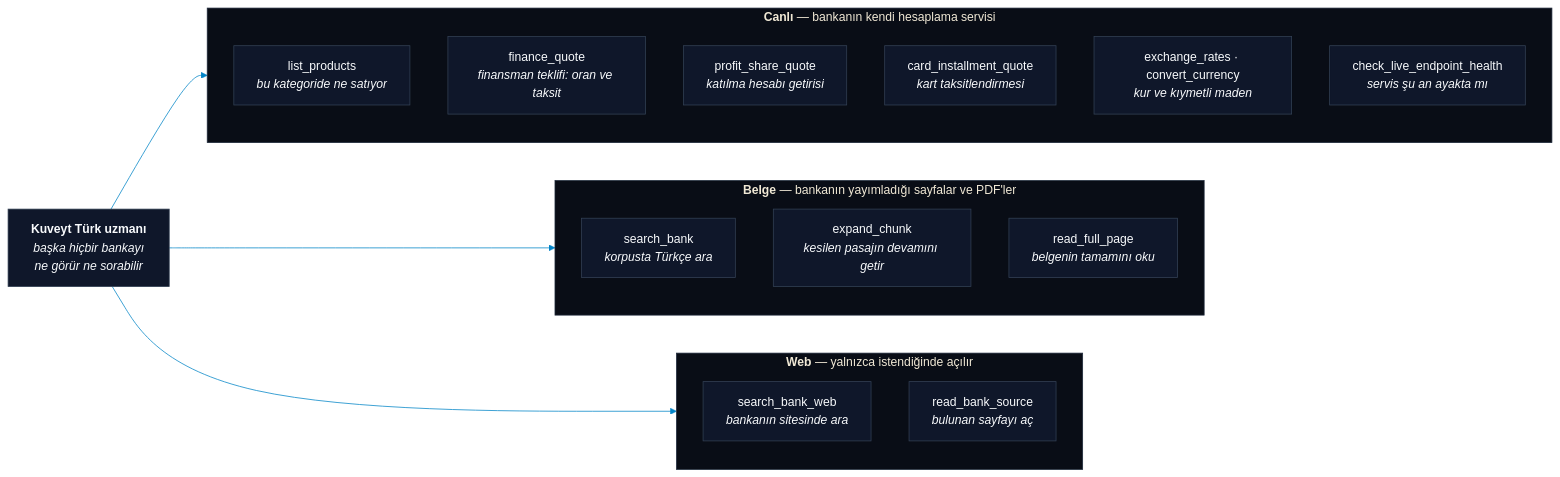
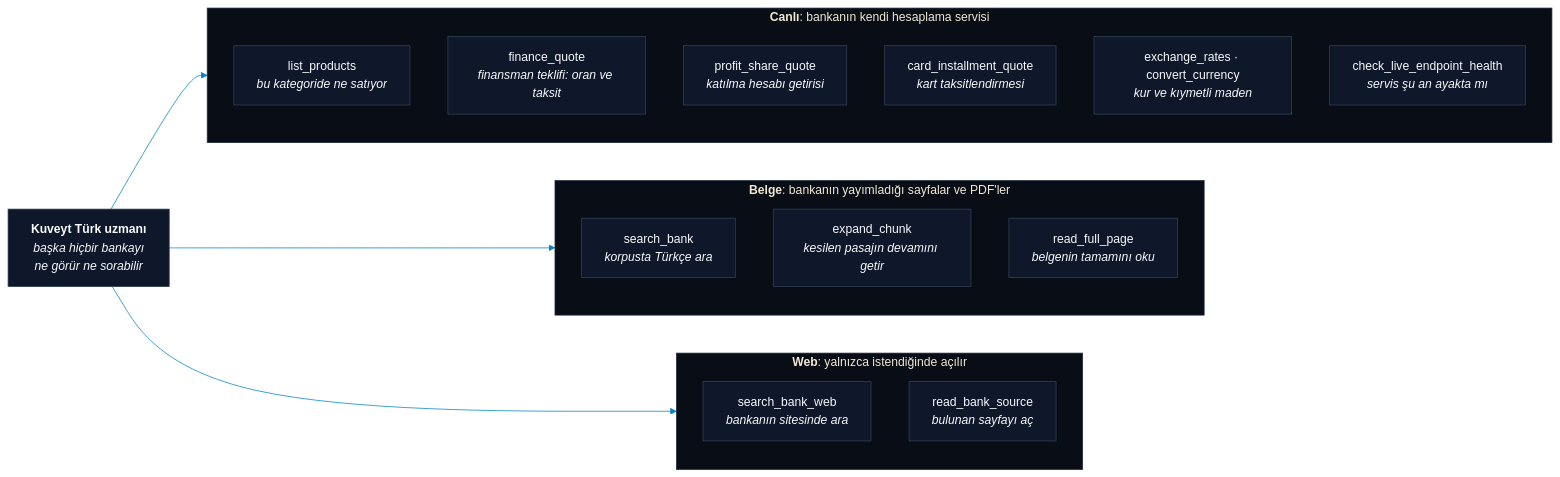
One commit to Abdurrahman-Wahdan/TEKNOFEST2026-Yapay-Zeka-Dil-Ajanlari-Yarismasi-KERMITS changed the sixth of 18 diagrams in README.md. Above: the diagram before and after it, drawn with Mermaid. The commit also changed other lines of this file, not shown here.

````diff
--- a/README.md
+++ b/README.md
@@ -334,32 +334,32 @@
 ```mermaid
 %%{init: {'theme':'base','themeVariables':{'primaryColor':'#0f172a','primaryTextColor':'#f8fafc','primaryBorderColor':'#334155','lineColor':'#0284c7','secondaryColor':'#1e293b','tertiaryColor':'#0f172a','clusterBkg':'#090d16','clusterBorder':'#1e293b'}}}%%
 flowchart LR
     A["<b>Kuveyt Türk uzmanı</b><br/><i>başka hiçbir bankayı<br/>ne görür ne sorabilir</i>"]
 
-    subgraph CANLI["<b>Canlı</b> — bankanın kendi hesaplama servisi"]
+    subgraph CANLI["<b>Canlı</b>: bankanın kendi hesaplama servisi"]
         direction TB
         L1["list_products<br/><i>bu kategoride ne satıyor</i>"]
         L2["finance_quote<br/><i>finansman teklifi: oran ve taksit</i>"]
         L3["profit_share_quote<br/><i>katılma hesabı getirisi</i>"]
         L4["card_installment_quote<br/><i>kart taksitlendirmesi</i>"]
         L5["exchange_rates · convert_currency<br/><i>kur ve kıymetli maden</i>"]
         L6["check_live_endpoint_health<br/><i>servis şu an ayakta mı</i>"]
     end
 
-    subgraph BELGE["<b>Belge</b> — bankanın yayımladığı sayfalar ve PDF'ler"]
+    subgraph BELGE["<b>Belge</b>: bankanın yayımladığı sayfalar ve PDF'ler"]
         direction TB
         D1["search_bank<br/><i>korpusta Türkçe ara</i>"]
         D2["expand_chunk<br/><i>kesilen pasajın devamını getir</i>"]
         D3["read_full_page<br/><i>belgenin tamamını oku</i>"]
     end
 
-    subgraph WEB["<b>Web</b> — yalnızca istendiğinde açılır"]
+    subgraph WEB["<b>Web</b>: yalnızca istendiğinde açılır"]
         direction TB
         W1["search_bank_web<br/><i>bankanın sitesinde ara</i>"]
         W2["read_bank_source<br/><i>bulunan sayfayı aç</i>"]
     end
 
     A --> CANLI
     A --> BELGE
     A --> WEB
 ```
````
